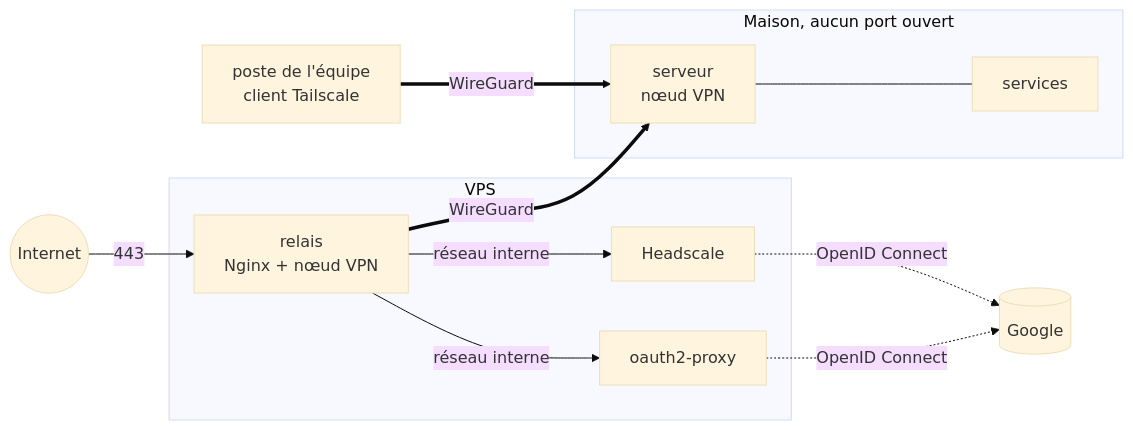
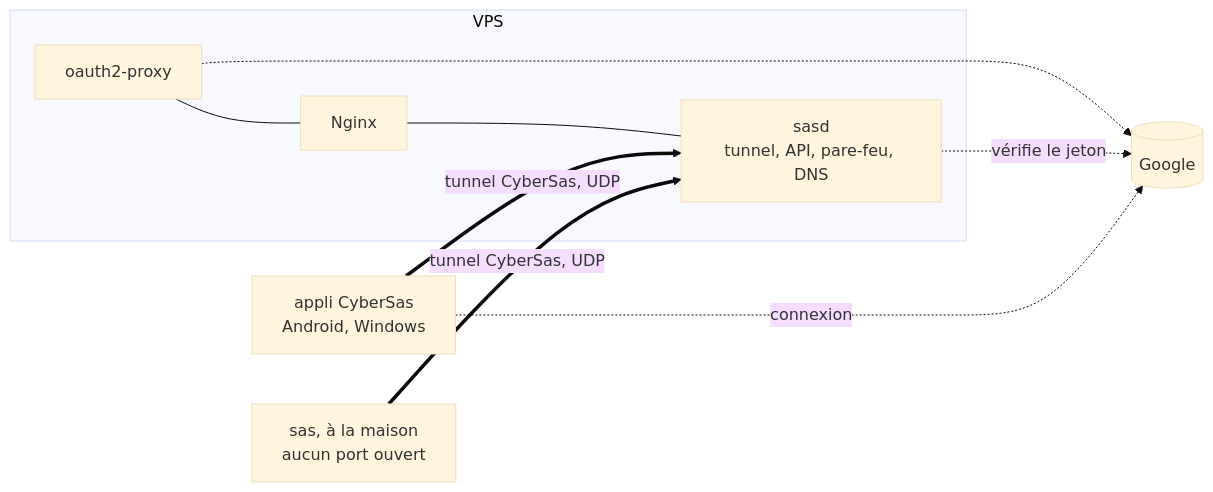
The diagram in README.md (Cybertrist/CyberSas), drawn with Mermaid (base theme) before and after one commit. The commit also changed other lines of this file and 33 other files, not shown here.

First line of the commit message:
Tout est à nous : le protocole du tunnel, le serveur sasd et le client sas

````diff
--- a/README.md
+++ b/README.md
@@ -29,21 +28,14 @@
 ```mermaid
 flowchart LR
-  I((Internet)) -->|443| R
+  subgraph VPS
+    SD[sasd<br/>tunnel, API, pare-feu, DNS]
+    NG[Nginx] --- SD
+    OP[oauth2-proxy] --- NG
+  end
   G[(Google)]
-
-  subgraph VPS
-    R[relais<br/>Nginx + nœud VPN]
-    R -->|réseau interne| HS[Headscale]
-    R -->|réseau interne| OP[oauth2-proxy]
-  end
-
-  HS -.->|OpenID Connect| G
-  OP -.->|OpenID Connect| G
-
-  subgraph Maison [Maison, aucun port ouvert]
-    M[serveur<br/>nœud VPN] --- S[services]
-  end
-
-  P[poste de l'équipe<br/>client Tailscale] ==>|WireGuard| M
-  R ==>|WireGuard| M
+  A[appli CyberSas<br/>Android, Windows] ==>|tunnel CyberSas, UDP| SD
+  M[sas, à la maison<br/>aucun port ouvert] ==>|tunnel CyberSas, UDP| SD
+  A -.->|connexion| G
+  SD -.->|vérifie le jeton| G
+  OP -.-> G
 ```
````
